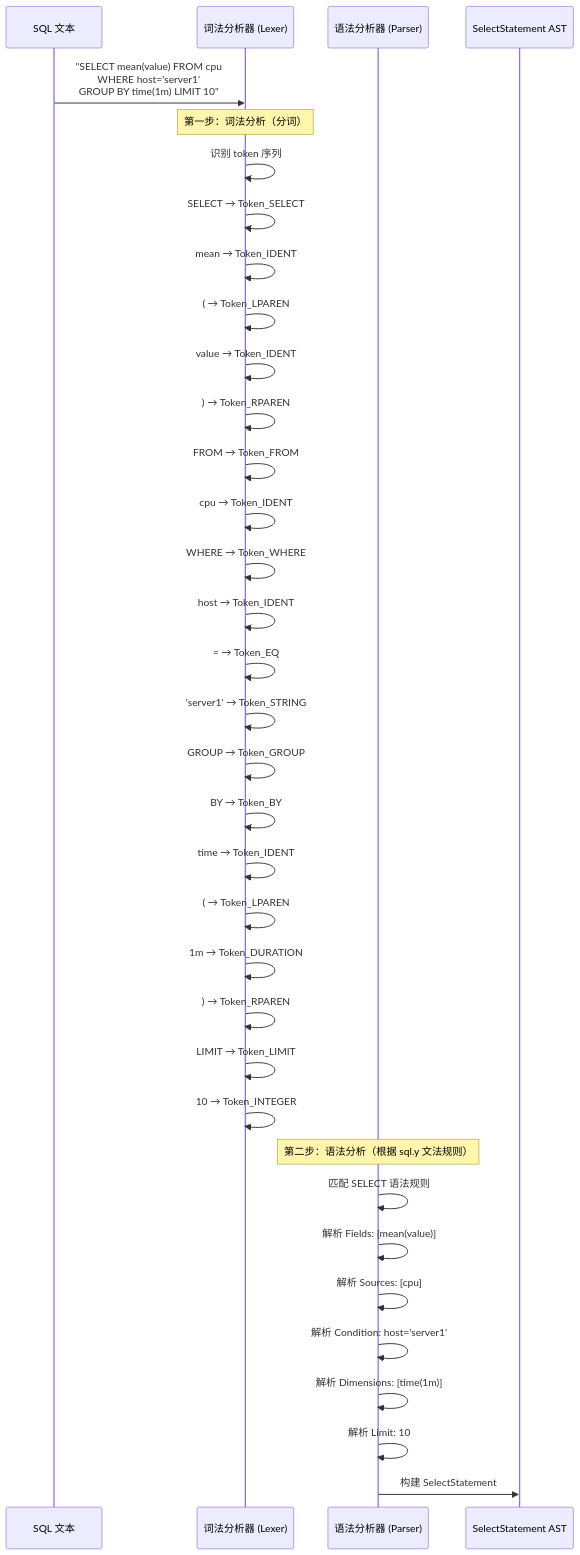
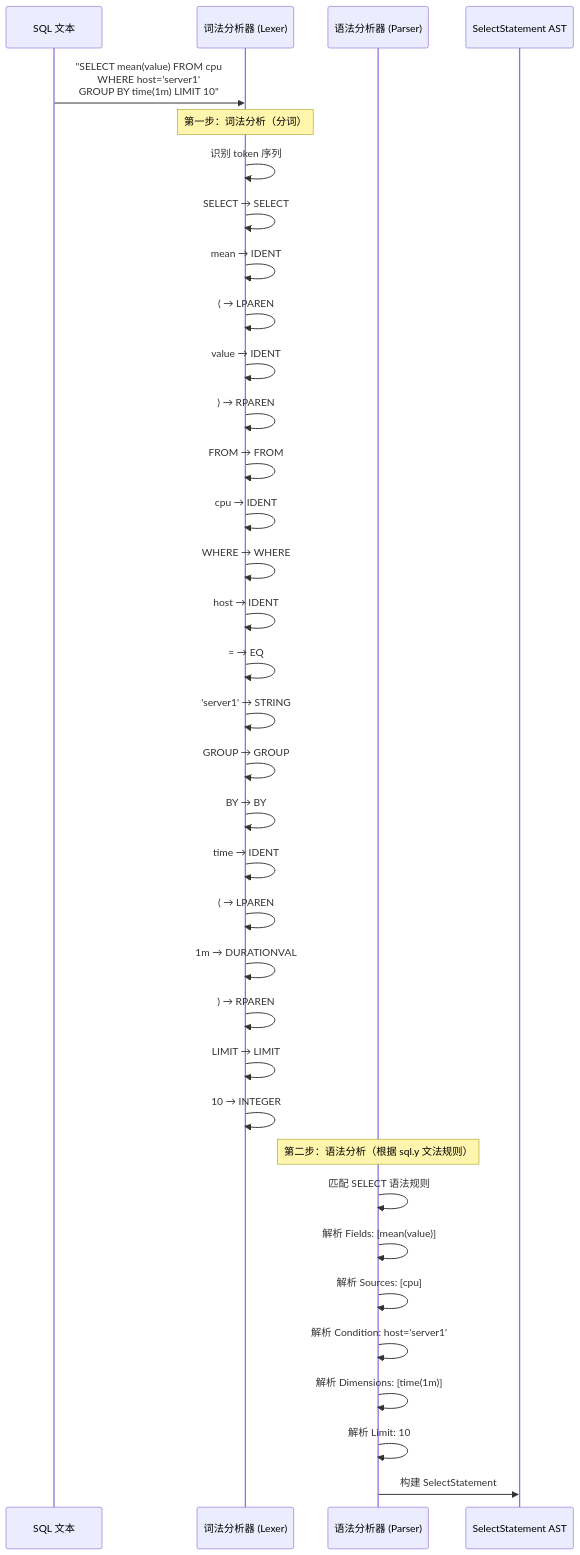
Before and after one commit to stefanv5/openGemini: the second of 33 diagrams in docs/specs/03_query_engine_spec.md, drawn with Mermaid. The commit also changed other lines of this file and 37 other files, not shown here.

````diff
--- a/docs/specs/03_query_engine_spec.md
+++ b/docs/specs/03_query_engine_spec.md
@@ -122,41 +126,41 @@
 ```mermaid
 sequenceDiagram
     participant Input as SQL 文本
     participant Lexer as 词法分析器 (Lexer)
     participant Parser as 语法分析器 (Parser)
     participant AST as SelectStatement AST
 
     Input->>Lexer: "SELECT mean(value) FROM cpu<br/>WHERE host='server1'<br/>GROUP BY time(1m) LIMIT 10"
 
     Note over Lexer: 第一步：词法分析（分词）
     Lexer->>Lexer: 识别 token 序列
-    Lexer->>Lexer: SELECT → Token_SELECT
-    Lexer->>Lexer: mean → Token_IDENT
-    Lexer->>Lexer: ( → Token_LPAREN
-    Lexer->>Lexer: value → Token_IDENT
-    Lexer->>Lexer: ) → Token_RPAREN
-    Lexer->>Lexer: FROM → Token_FROM
-    Lexer->>Lexer: cpu → Token_IDENT
-    Lexer->>Lexer: WHERE → Token_WHERE
-    Lexer->>Lexer: host → Token_IDENT
-    Lexer->>Lexer: = → Token_EQ
-    Lexer->>Lexer: 'server1' → Token_STRING
-    Lexer->>Lexer: GROUP → Token_GROUP
-    Lexer->>Lexer: BY → Token_BY
-    Lexer->>Lexer: time → Token_IDENT
-    Lexer->>Lexer: ( → Token_LPAREN
-    Lexer->>Lexer: 1m → Token_DURATION
-    Lexer->>Lexer: ) → Token_RPAREN
-    Lexer->>Lexer: LIMIT → Token_LIMIT
-    Lexer->>Lexer: 10 → Token_INTEGER
+    Lexer->>Lexer: SELECT → SELECT
+    Lexer->>Lexer: mean → IDENT
+    Lexer->>Lexer: ( → LPAREN
+    Lexer->>Lexer: value → IDENT
+    Lexer->>Lexer: ) → RPAREN
+    Lexer->>Lexer: FROM → FROM
+    Lexer->>Lexer: cpu → IDENT
+    Lexer->>Lexer: WHERE → WHERE
+    Lexer->>Lexer: host → IDENT
+    Lexer->>Lexer: = → EQ
+    Lexer->>Lexer: 'server1' → STRING
+    Lexer->>Lexer: GROUP → GROUP
+    Lexer->>Lexer: BY → BY
+    Lexer->>Lexer: time → IDENT
+    Lexer->>Lexer: ( → LPAREN
+    Lexer->>Lexer: 1m → DURATIONVAL
+    Lexer->>Lexer: ) → RPAREN
+    Lexer->>Lexer: LIMIT → LIMIT
+    Lexer->>Lexer: 10 → INTEGER
 
     Note over Parser: 第二步：语法分析（根据 sql.y 文法规则）
     Parser->>Parser: 匹配 SELECT 语法规则
     Parser->>Parser: 解析 Fields: [mean(value)]
     Parser->>Parser: 解析 Sources: [cpu]
     Parser->>Parser: 解析 Condition: host='server1'
     Parser->>Parser: 解析 Dimensions: [time(1m)]
     Parser->>Parser: 解析 Limit: 10
 
     Parser->>AST: 构建 SelectStatement
 ```
````
